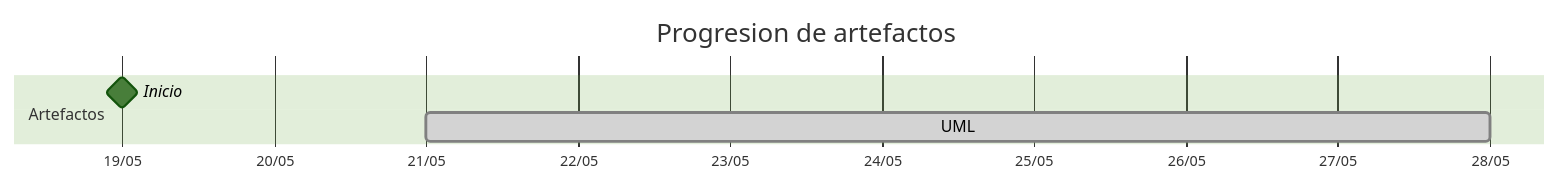
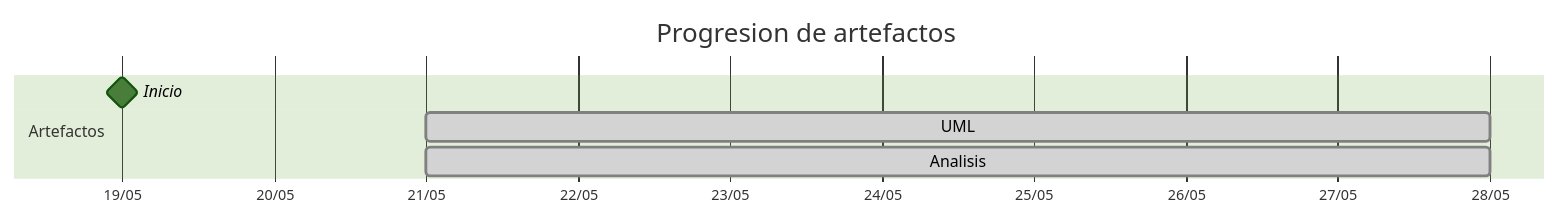
Before and after one commit to carlos-alvarado-25/25-26-idsw2-sdVC: the diagram in TIMELINES/Pareyor.md, drawn with Mermaid (forest theme). The commit also changed other lines of this file and 2 other files, not shown here.

````diff
--- a/TIMELINES/Pareyor.md
+++ b/TIMELINES/Pareyor.md
@@ -18,9 +18,10 @@
 ```mermaid
 gantt
     title Progresion de artefactos
     dateFormat YYYY-MM-DD
     axisFormat %d/%m
     section Artefactos
         Inicio       :milestone, 2026-05-19, 0d
         UML          :done, 2026-05-21, 2026-05-28
+        Analisis     :done, 2026-05-21, 2026-05-28
 ```
````
